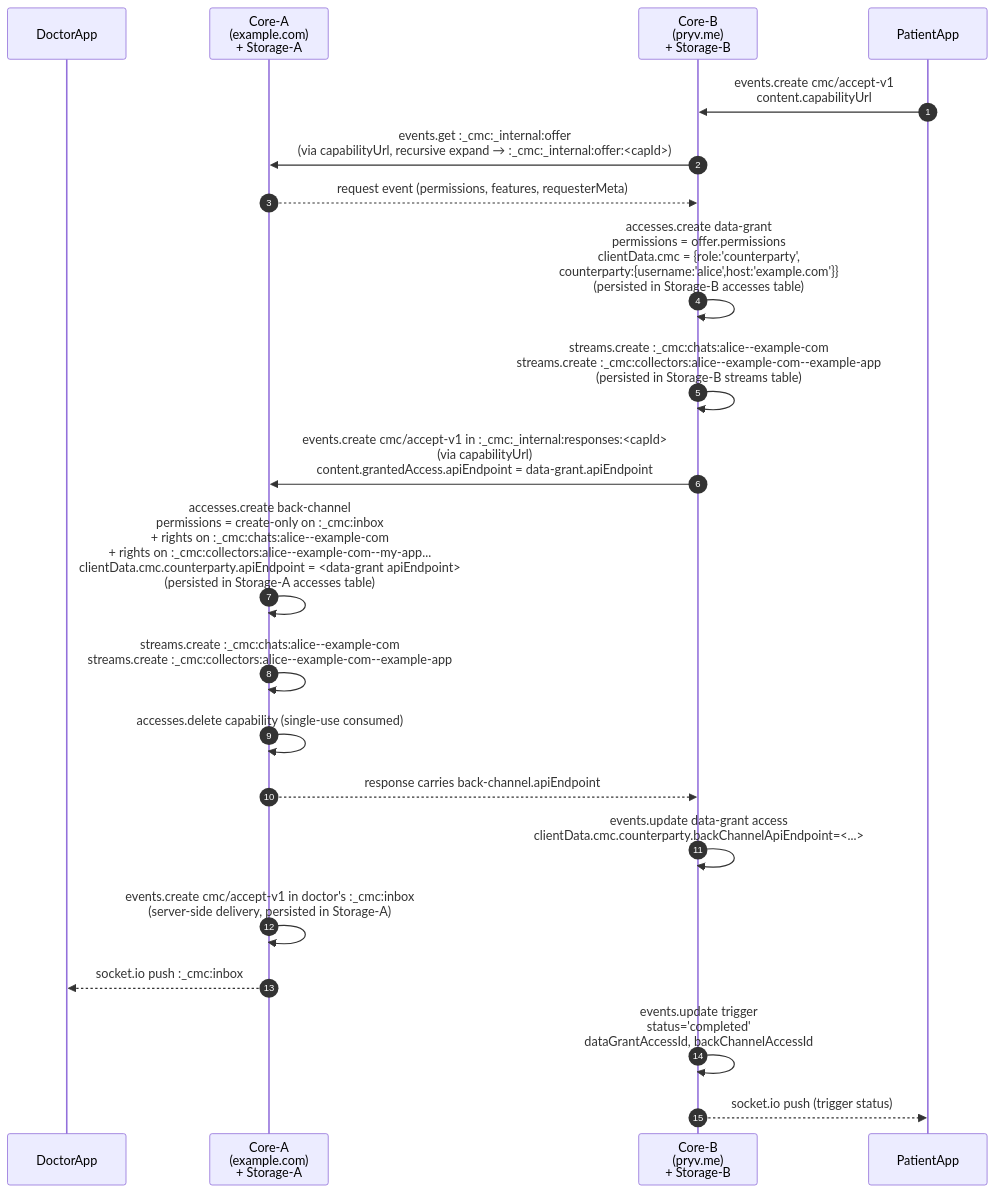
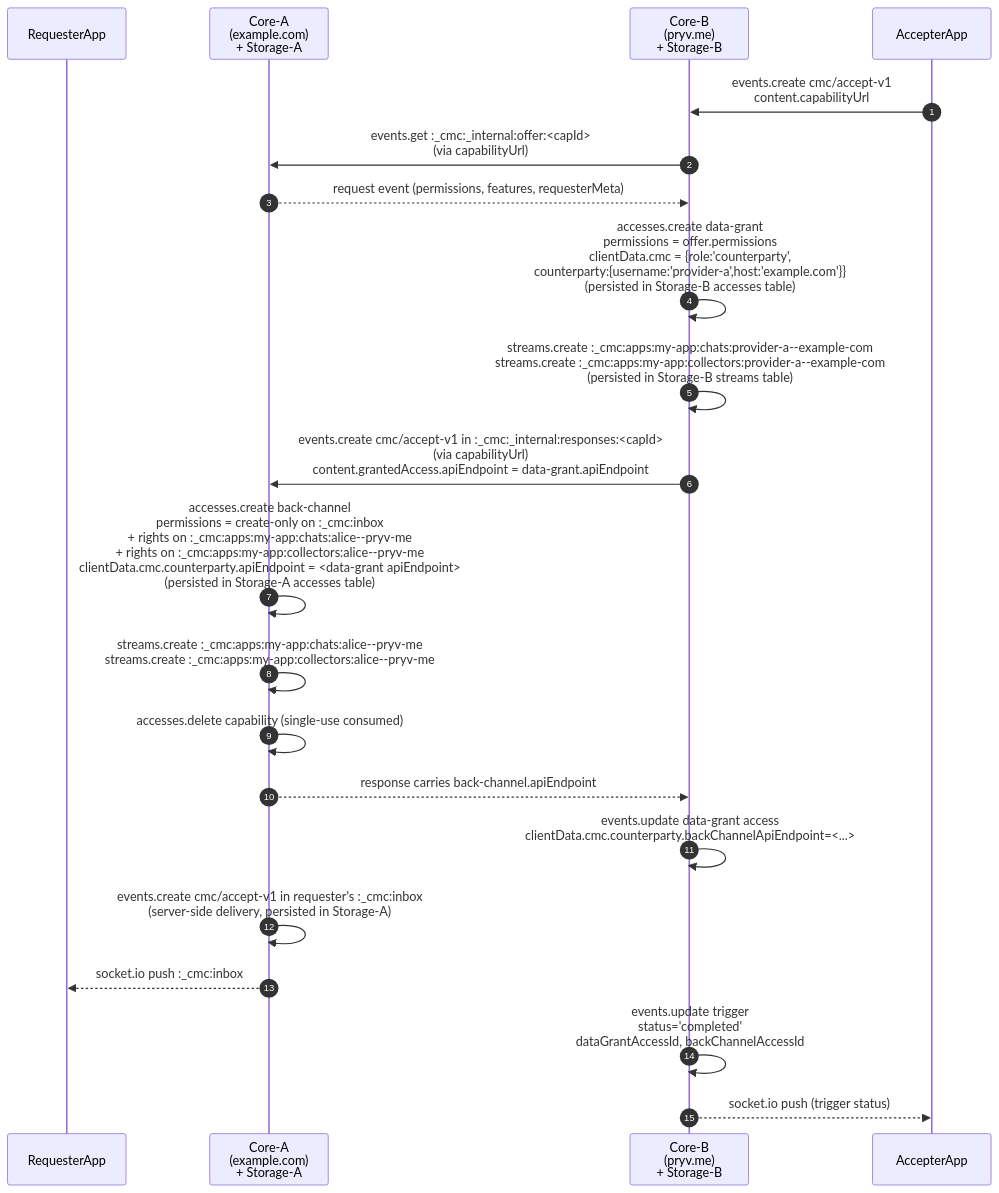
One commit to pryv/open-pryv.io changed the third of 14 diagrams in components/cmc/INTERNALS.md. Above: the diagram before and after it, drawn with Mermaid. The commit also changed other lines of this file and 2 other files, not shown here.

First line of the commit message:
plan 68 — wire dispatch middleware into api-server + auto-enqueue retries

````diff
--- a/components/cmc/INTERNALS.md
+++ b/components/cmc/INTERNALS.md
@@ -127,24 +132,24 @@
 ```mermaid
 sequenceDiagram
     autonumber
-    participant DoctorApp
+    participant RequesterApp
     participant CoreA as Core-A<br/>(example.com)<br/>+ Storage-A
     participant CoreB as Core-B<br/>(pryv.me)<br/>+ Storage-B
-    participant PatientApp
+    participant AccepterApp
 
-    PatientApp->>CoreB: events.create cmc/accept-v1<br/>content.capabilityUrl
-    CoreB->>CoreA: events.get :_cmc:_internal:offer<br/>(via capabilityUrl, recursive expand → :_cmc:_internal:offer:<capId>)
+    AccepterApp->>CoreB: events.create cmc/accept-v1<br/>content.capabilityUrl
+    CoreB->>CoreA: events.get :_cmc:_internal:offer:<capId><br/>(via capabilityUrl)
     CoreA-->>CoreB: request event (permissions, features, requesterMeta)
-    CoreB->>CoreB: accesses.create data-grant<br/>permissions = offer.permissions<br/>clientData.cmc = {role:'counterparty',<br/>counterparty:{username:'alice',host:'example.com'}}<br/>(persisted in Storage-B accesses table)
-    CoreB->>CoreB: streams.create :_cmc:chats:alice--example-com<br/>streams.create :_cmc:collectors:alice--example-com--example-app<br/>(persisted in Storage-B streams table)
+    CoreB->>CoreB: accesses.create data-grant<br/>permissions = offer.permissions<br/>clientData.cmc = {role:'counterparty',<br/>counterparty:{username:'provider-a',host:'example.com'}}<br/>(persisted in Storage-B accesses table)
+    CoreB->>CoreB: streams.create :_cmc:apps:my-app:chats:provider-a--example-com<br/>streams.create :_cmc:apps:my-app:collectors:provider-a--example-com<br/>(persisted in Storage-B streams table)
     CoreB->>CoreA: events.create cmc/accept-v1 in :_cmc:_internal:responses:<capId><br/>(via capabilityUrl)<br/>content.grantedAccess.apiEndpoint = data-grant.apiEndpoint
-    CoreA->>CoreA: accesses.create back-channel<br/>permissions = create-only on :_cmc:inbox<br/>+ rights on :_cmc:chats:alice--example-com<br/>+ rights on :_cmc:collectors:alice--example-com--my-app...<br/>clientData.cmc.counterparty.apiEndpoint = <data-grant apiEndpoint><br/>(persisted in Storage-A accesses table)
-    CoreA->>CoreA: streams.create :_cmc:chats:alice--example-com<br/>streams.create :_cmc:collectors:alice--example-com--example-app
+    CoreA->>CoreA: accesses.create back-channel<br/>permissions = create-only on :_cmc:inbox<br/>+ rights on :_cmc:apps:my-app:chats:alice--pryv-me<br/>+ rights on :_cmc:apps:my-app:collectors:alice--pryv-me<br/>clientData.cmc.counterparty.apiEndpoint = <data-grant apiEndpoint><br/>(persisted in Storage-A accesses table)
+    CoreA->>CoreA: streams.create :_cmc:apps:my-app:chats:alice--pryv-me<br/>streams.create :_cmc:apps:my-app:collectors:alice--pryv-me
     CoreA->>CoreA: accesses.delete capability (single-use consumed)
     CoreA-->>CoreB: response carries back-channel.apiEndpoint
     CoreB->>CoreB: events.update data-grant access<br/>clientData.cmc.counterparty.backChannelApiEndpoint=<...>
-    CoreA->>CoreA: events.create cmc/accept-v1 in doctor's :_cmc:inbox<br/>(server-side delivery, persisted in Storage-A)
-    CoreA-->>DoctorApp: socket.io push :_cmc:inbox
+    CoreA->>CoreA: events.create cmc/accept-v1 in requester's :_cmc:inbox<br/>(server-side delivery, persisted in Storage-A)
+    CoreA-->>RequesterApp: socket.io push :_cmc:inbox
     CoreB->>CoreB: events.update trigger<br/>status='completed'<br/>dataGrantAccessId, backChannelAccessId
-    CoreB-->>PatientApp: socket.io push (trigger status)
+    CoreB-->>AccepterApp: socket.io push (trigger status)
 ```
````
